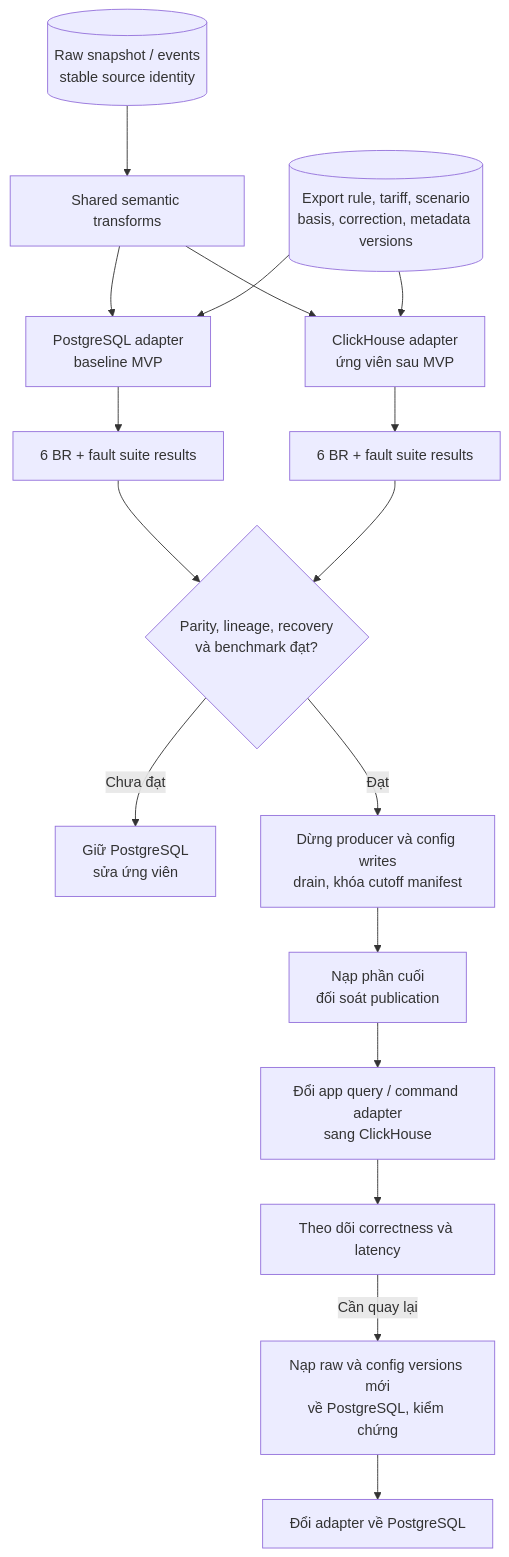
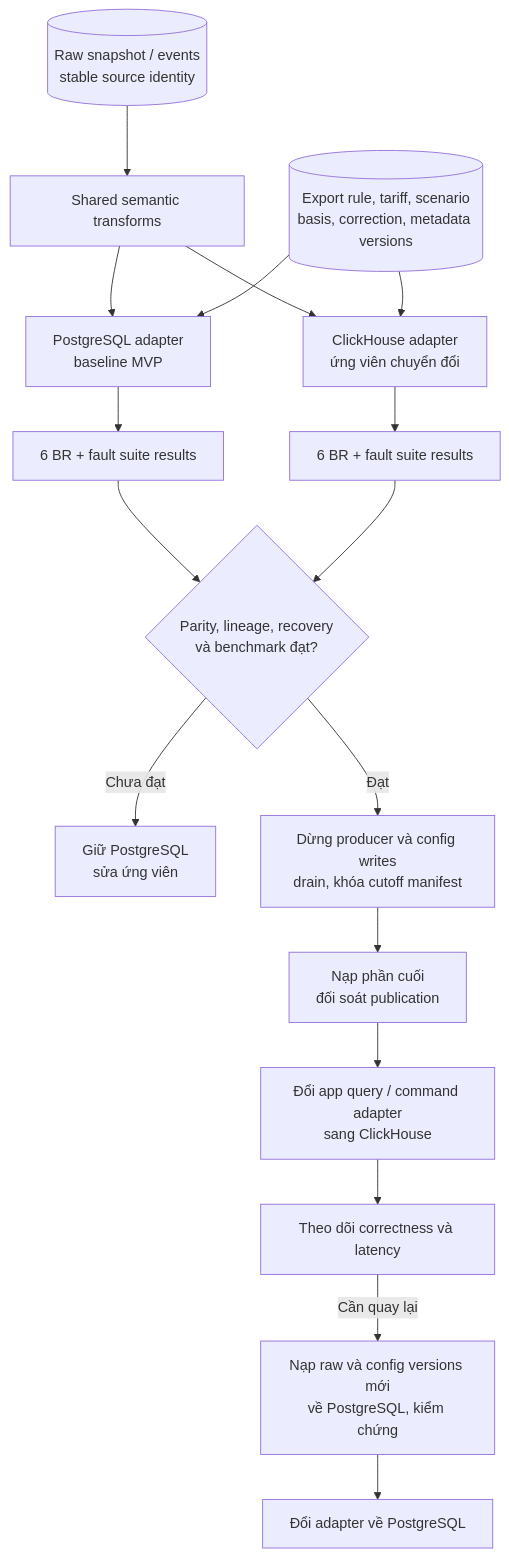
One commit to arcanine525/smart-green-house changed the first of 2 diagrams in docs/architecture/09-clickhouse-migration.md. Above: the diagram before and after it, drawn with Mermaid. The commit also changed other lines of this file and 2 other files, not shown here.

Commit message:
Define local ClickHouse migration contracts and recovery guarantees

````diff
--- a/docs/architecture/09-clickhouse-migration.md
+++ b/docs/architecture/09-clickhouse-migration.md
@@ -7,22 +7,22 @@
 ```mermaid
 flowchart TB
     RAW[("Raw snapshot / events<br/>stable source identity")]
     CONF[("Export rule, tariff, scenario<br/>basis, correction, metadata versions")]
     SEM["Shared semantic transforms"]
     RAW --> SEM
     SEM --> PG["PostgreSQL adapter<br/>baseline MVP"]
-    SEM --> CH["ClickHouse adapter<br/>ứng viên sau MVP"]
+    SEM --> CH["ClickHouse adapter<br/>ứng viên chuyển đổi"]
     CONF --> PG
     CONF --> CH
     PG --> PGR["6 BR + fault suite results"]
     CH --> CHR["6 BR + fault suite results"]
     PGR --> CHECK{"Parity, lineage, recovery<br/>và benchmark đạt?"}
     CHR --> CHECK
     CHECK -->|"Chưa đạt"| KEEP["Giữ PostgreSQL<br/>sửa ứng viên"]
     CHECK -->|"Đạt"| FREEZE["Dừng producer và config writes<br/>drain, khóa cutoff manifest"]
     FREEZE --> DELTA["Nạp phần cuối<br/>đối soát publication"]
     DELTA --> SWITCH["Đổi app query / command adapter<br/>sang ClickHouse"]
     SWITCH --> OBS["Theo dõi correctness và latency"]
     OBS -->|"Cần quay lại"| REPLAY["Nạp raw và config versions mới<br/>về PostgreSQL, kiểm chứng"]
     REPLAY --> BACK["Đổi adapter về PostgreSQL"]
 ```
````
